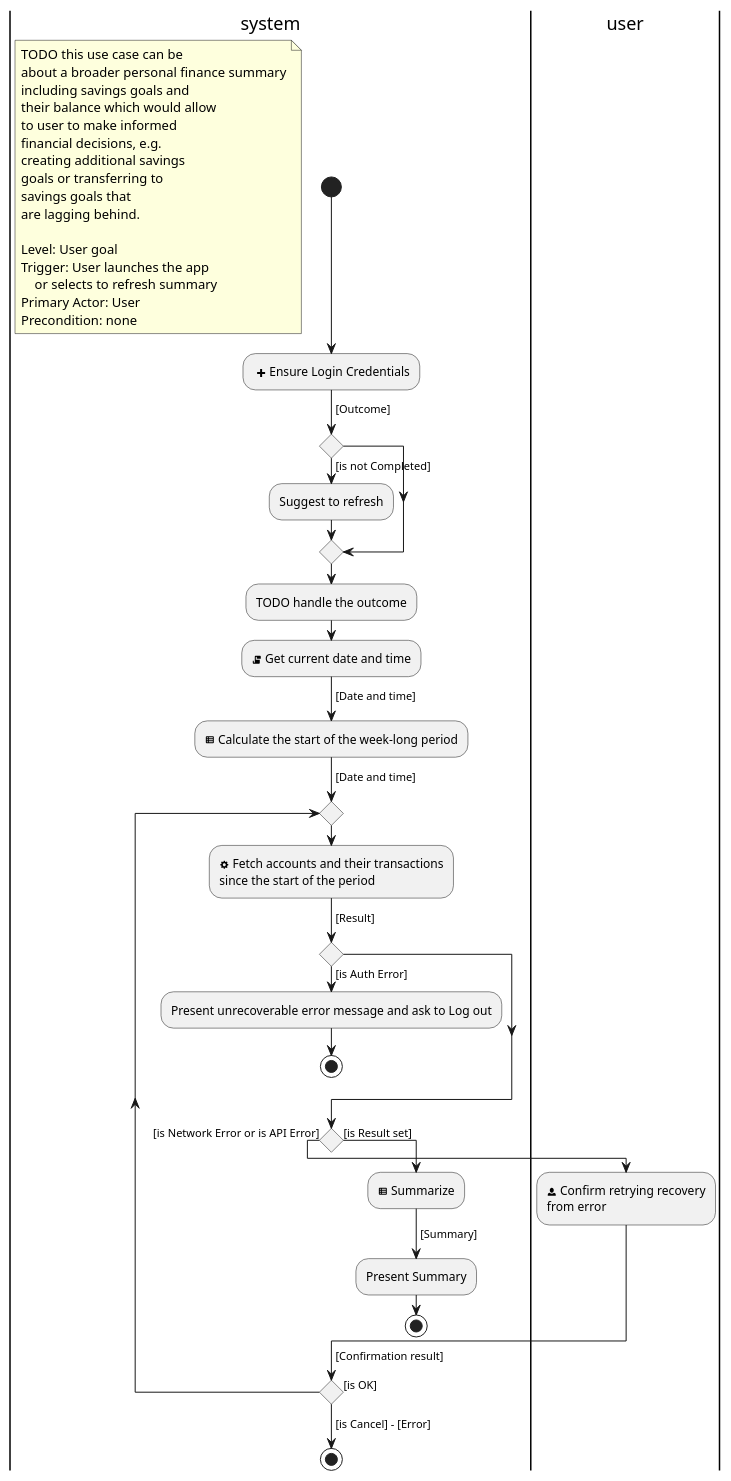
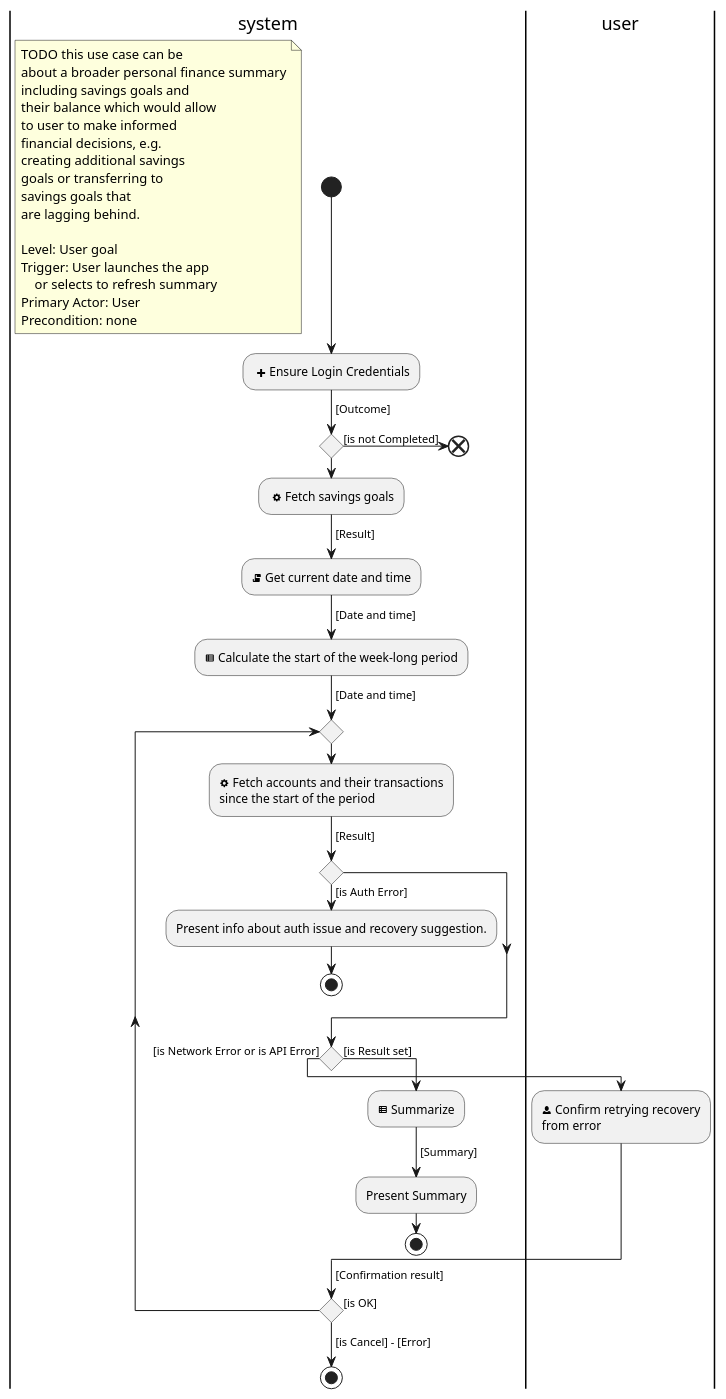
The diagram in diagrams/User Goal/Get Summary.puml (hristo-stefanov/MiniBankingDemo), drawn with PlantUML before and after one commit. The commit also changed 30 other files, not shown here.

```diff
--- a/diagrams/User Goal/Get Summary.puml
+++ b/diagrams/User Goal/Get Summary.puml
@@ -1,65 +1,67 @@
 @startuml
 'https://plantuml.com/activity-diagram-beta
 
 |system|
 start
 
 floating note left
 TODO this use case can be
 about a broader personal finance summary
 including savings goals and
 their balance which would allow
 to user to make informed
 financial decisions, e.g.
 creating additional savings
 goals or transferring to
 savings goals that
 are lagging behind.
 
 Level: User goal
 Trigger: User launches the app
     or selects to refresh summary
 Primary Actor: User
 Precondition: none
 endnote
 
 : <&plus> Ensure Login Credentials;
 -> [Outcome];
 
 if () then ([is not Completed])
-    :Suggest to refresh; <<sendSignal>>
+    end
 endif
 
-:TODO handle the outcome;
+: <&cog> Fetch savings goals;
+-> [Result];
 
 :<&script> Get current date and time;
 -> [Date and time];
 :<&spreadsheet> Calculate the start of the week-long period;
 -> [Date and time];
 repeat
  :<&cog> Fetch accounts and their transactions
 since the start of the period;
 -> [Result];
 
 if () then ([is Auth Error])
-    :Present unrecoverable error message and ask to Log out; <<sendSignal>>
+'    :Present unrecoverable error message and ask to Log out; <<sendSignal>>
+    :Present info about auth issue and recovery suggestion.; <<sendSignal>>
     stop
 endif
 
 if () then ([is Network Error or is API Error])
     |user|
     :<&person> Confirm retrying recovery
     from error;
     |system|
 else ([is Result set])
     :<&spreadsheet> Summarize;
     -> [Summary];
     :Present Summary; <<sendSignal>>
     stop
 endif
 
 -> [Confirmation result];
 repeat while () is ([is OK])
 -> [is Cancel] - [Error];
 stop
 @enduml
```
